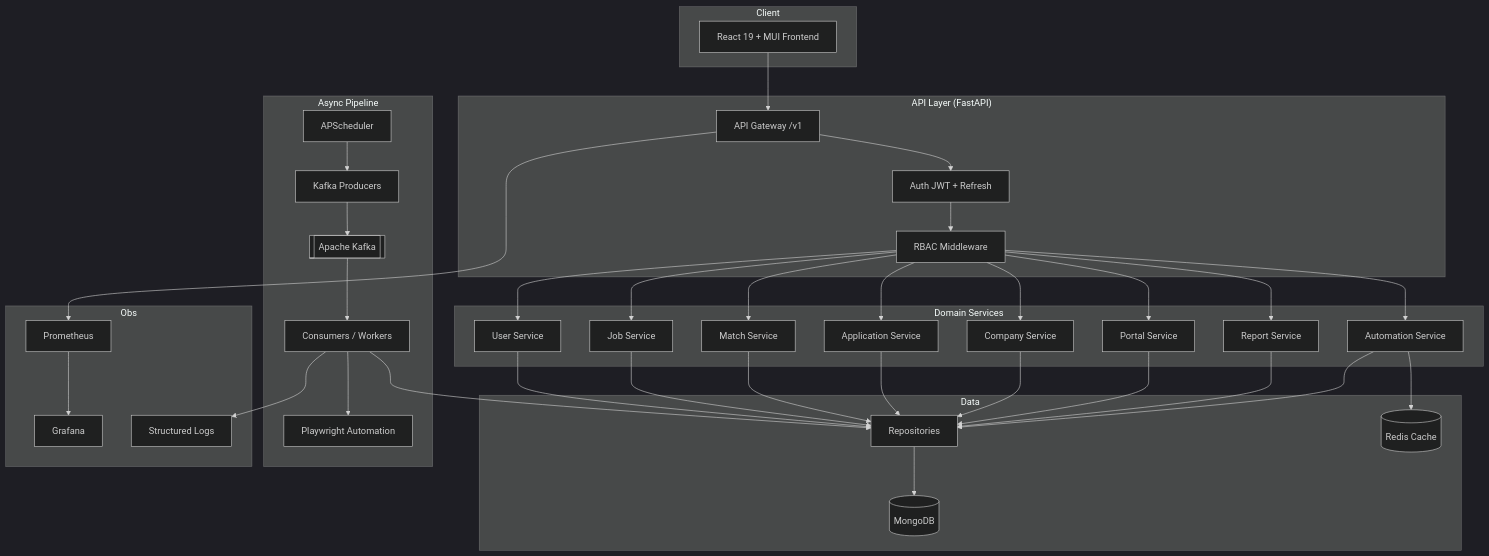
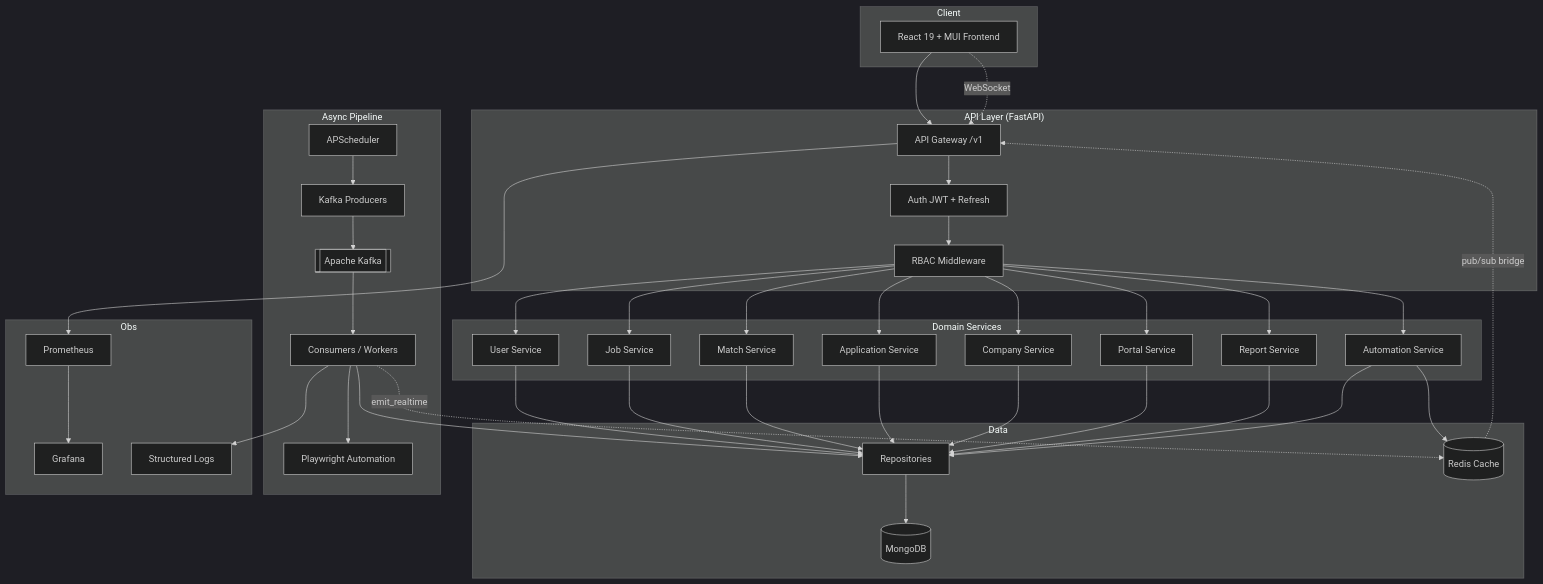
Before and after one commit to bihiya/jobgpt: the first of 5 diagrams in docs/ARCHITECTURE.md, drawn with Mermaid (dark theme). The commit also changed other lines of this file and 22 other files, not shown here.

First line of the commit message:
feat: add WebSocket realtime updates across pipeline and UI

````diff
--- a/docs/ARCHITECTURE.md
+++ b/docs/ARCHITECTURE.md
@@ -18,56 +19,59 @@
 ```mermaid
 flowchart TB
     subgraph Client
         FE[React 19 + MUI Frontend]
     end
 
     subgraph API["API Layer (FastAPI)"]
         GW[API Gateway /v1]
         AUTH[Auth JWT + Refresh]
         RBAC[RBAC Middleware]
     end
 
     subgraph Domain["Domain Services"]
         US[User Service]
         JS[Job Service]
         MS[Match Service]
         AS[Application Service]
         CS[Company Service]
         PS[Portal Service]
         RS[Report Service]
         AUTOS[Automation Service]
     end
 
     subgraph Data
         REPO[Repositories]
         MONGO[(MongoDB)]
         REDIS[(Redis Cache)]
     end
 
     subgraph Async["Async Pipeline"]
         SCH[APScheduler]
         PROD[Kafka Producers]
         KAFKA[[Apache Kafka]]
         CONS[Consumers / Workers]
         PW[Playwright Automation]
     end
 
     subgraph Obs
         PROM[Prometheus]
         GRAF[Grafana]
         LOGS[Structured Logs]
     end
 
     FE --> GW
+    FE -. WebSocket .-> GW
     GW --> AUTH --> RBAC
     RBAC --> US & JS & MS & AS & CS & PS & RS & AUTOS
     US & JS & MS & AS & CS & PS & RS & AUTOS --> REPO
     REPO --> MONGO
     AUTOS --> REDIS
     SCH --> PROD --> KAFKA --> CONS
     CONS --> PW
     CONS --> REPO
+    CONS -. emit_realtime .-> REDIS
+    REDIS -. pub/sub bridge .-> GW
     GW --> PROM
     CONS --> LOGS
     PROM --> GRAF
 ```
````
